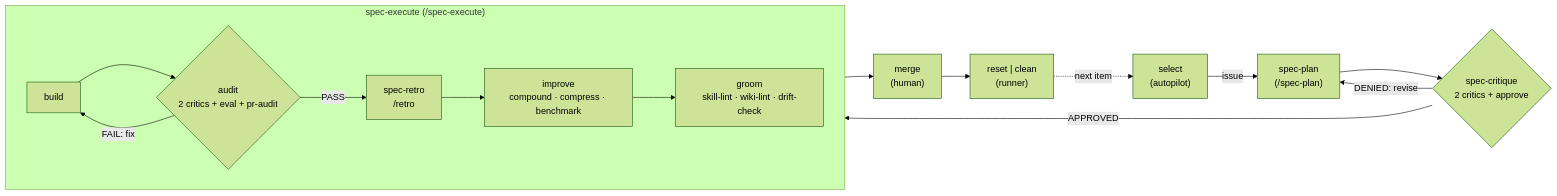
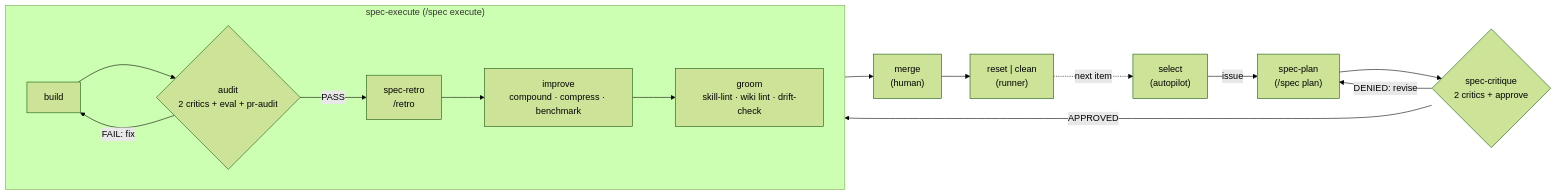
Before and after one commit to mifunedev/openharness: the diagram in AGENTS.md, drawn with Mermaid (forest theme). The commit also changed other lines of this file and 286 other files, not shown here.

````diff
--- a/AGENTS.md
+++ b/AGENTS.md
@@ -135,18 +135,18 @@
 ```mermaid
 flowchart LR
-    SEL["select<br/>(autopilot)"] -->|issue| PLAN["spec-plan<br/>(/spec-plan)"]
+    SEL["select<br/>(autopilot)"] -->|issue| PLAN["spec-plan<br/>(/spec plan)"]
     PLAN --> CRIT{"spec-critique<br/>2 critics + approve"}
     CRIT -->|DENIED: revise| PLAN
     CRIT -->|APPROVED| BUILD["build"]
-    subgraph EXEC["spec-execute (/spec-execute)"]
+    subgraph EXEC["spec-execute (/spec execute)"]
         direction LR
         BUILD --> AUDIT{"audit<br/>2 critics + eval + pr-audit"}
         AUDIT -->|FAIL: fix| BUILD
         AUDIT -->|PASS| SRETRO["spec-retro<br/>/retro"]
         SRETRO --> IMPROVE["improve<br/>compound · compress · benchmark"]
-        IMPROVE --> GROOM["groom<br/>skill-lint · wiki-lint · drift-check"]
+        IMPROVE --> GROOM["groom<br/>skill-lint · wiki lint · drift-check"]
     end
     GROOM --> MERGE["merge<br/>(human)"]
     MERGE --> RESET["reset | clean<br/>(runner)"]
     RESET -.->|next item| SEL
 ```
````
